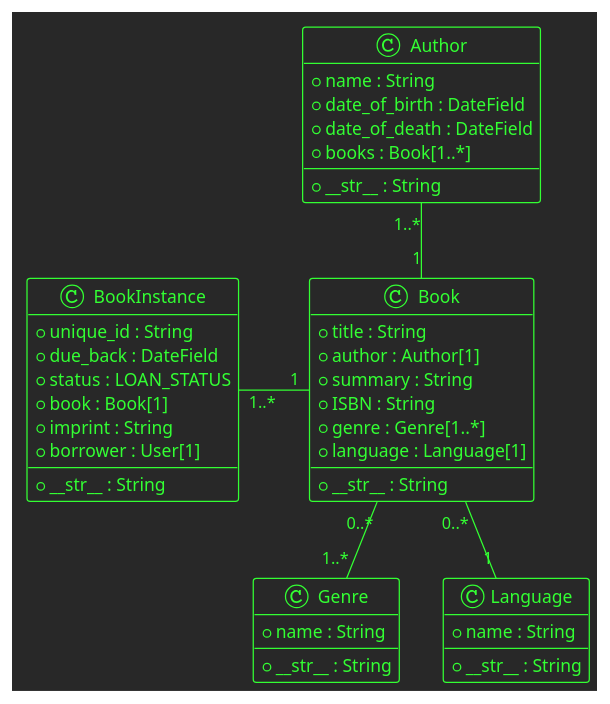
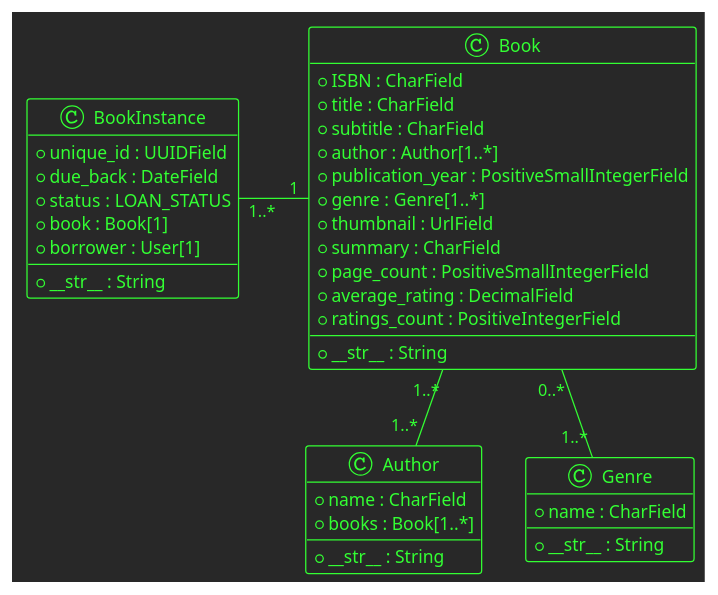
One commit to c-c-k/books-library changed the diagram in docs/data_model.puml. Above: the diagram before and after it, drawn with PlantUML. The commit also changed 4 other files, not shown here.

```diff
--- a/docs/data_model.puml
+++ b/docs/data_model.puml
@@ -1,53 +1,47 @@
 @startuml
 !theme crt-green
 
 class Book {
-+title : String
-+author : Author[1]
-+summary : String
-+ISBN : String
++ISBN : CharField
++title : CharField
++subtitle : CharField
++author : Author[1..*]
+*publication_year : PositiveSmallIntegerField
 +genre : Genre[1..*]
-+language : Language[1]
++thumbnail : UrlField
++summary : CharField
++page_count : PositiveSmallIntegerField
++average_rating : DecimalField
++ratings_count : PositiveIntegerField
 --
 +__str__ : String
 }
 
 class Author {
-+name : String
-+date_of_birth : DateField
-+date_of_death : DateField
++name : CharField
 +books : Book[1..*]
 --
 +__str__ : String
 }
 
 class Genre {
-+name : String
---
-+__str__ : String
-}
-
-class Language {
-+name : String
++name : CharField
 --
 +__str__ : String
 }
 
 class BookInstance {
-+unique_id : String
++unique_id : UUIDField
 +due_back : DateField
 +status : LOAN_STATUS
 +book : Book[1]
-+imprint : String
 +borrower : User[1]
 --
 +__str__ : String
 }
 
-Author "1..*" -- "1" Book
-'Book "1..*" -- "1" Author
+Book "1..*" -- "1..*" Author
 Book "0..*" -- "1..*" Genre
-Book "0..*" -- "1" Language
 BookInstance "1..*" - "1" Book : "      "
 
 @enduml
```
